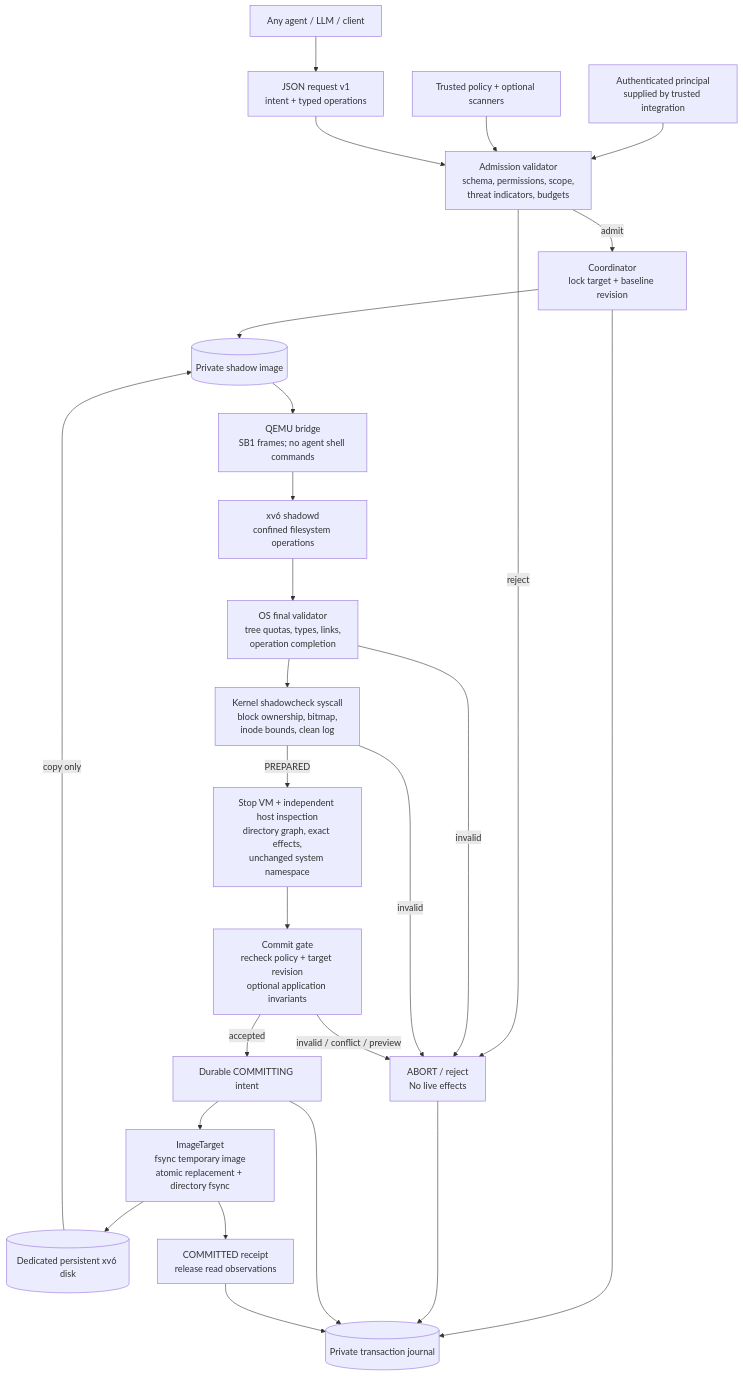
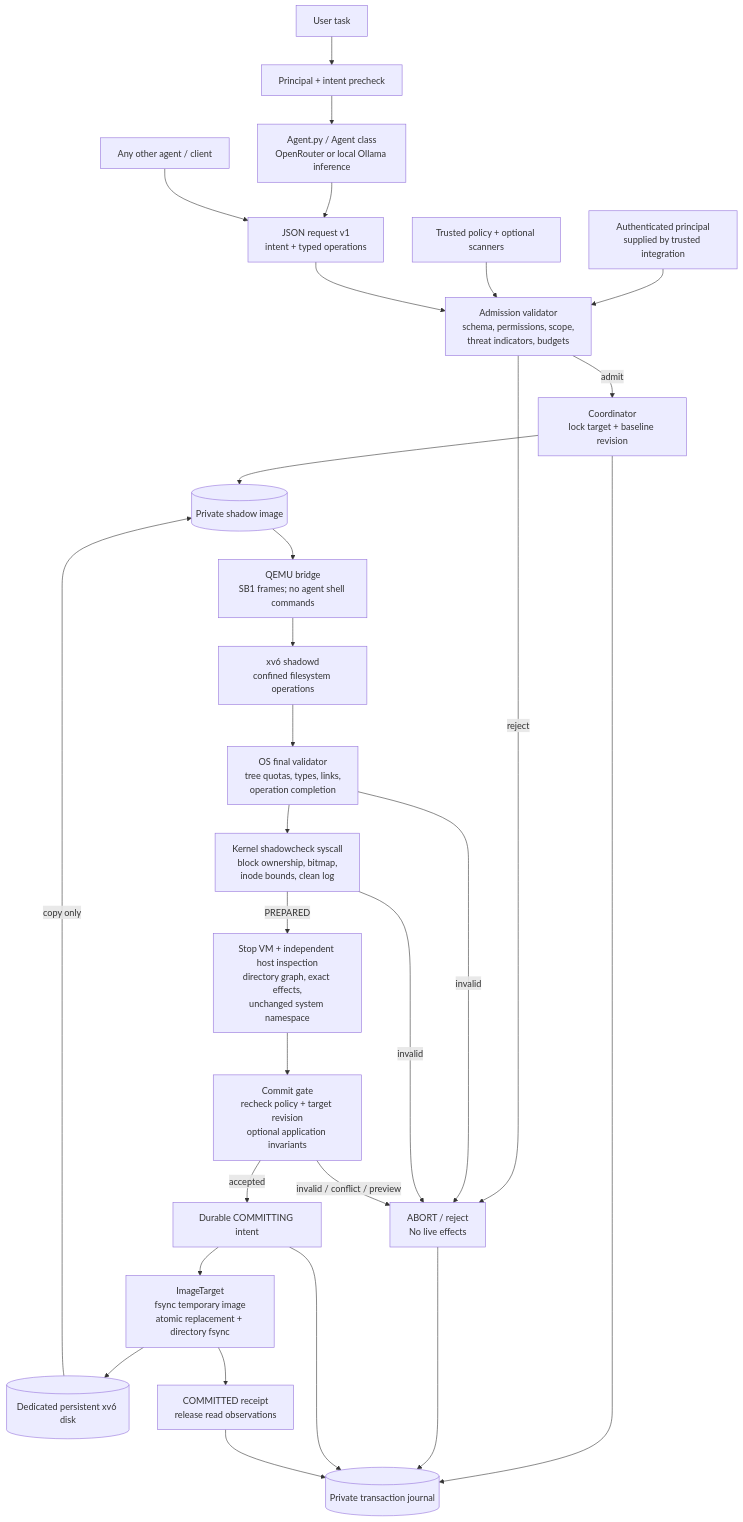
The first of 2 diagrams in docs/architecture.md (Himkeshtak/SmashBash-Agentic-OS), drawn with Mermaid before and after one commit. The commit also changed other lines of this file and 15 other files, not shown here.

Commit message:
Add configurable OpenRouter and local Ollama LLM agent

````diff
--- a/docs/architecture.md
+++ b/docs/architecture.md
@@ -5,28 +5,31 @@
 ```mermaid
 flowchart TD
-    A["Any agent / LLM / client"] --> J["JSON request v1<br/>intent + typed operations"]
+    U["User task"] --> IV["Principal + intent precheck"]
+    IV --> LA["Agent.py / Agent class<br/>OpenRouter or local Ollama inference"]
+    LA --> J["JSON request v1<br/>intent + typed operations"]
+    A["Any other agent / client"] --> J
     I["Authenticated principal<br/>supplied by trusted integration"] --> V1
     P["Trusted policy + optional scanners"] --> V1
     J --> V1["Admission validator<br/>schema, permissions, scope,<br/>threat indicators, budgets"]
     V1 -->|reject| AB["ABORT / reject<br/>No live effects"]
     V1 -->|admit| TX["Coordinator<br/>lock target + baseline revision"]
     D[("Dedicated persistent xv6 disk")] -->|copy only| SH[("Private shadow image")]
     TX --> SH
     SH --> B["QEMU bridge<br/>SB1 frames; no agent shell commands"]
     B --> E["xv6 shadowd<br/>confined filesystem operations"]
     E --> G["OS final validator<br/>tree quotas, types, links,<br/>operation completion"]
     G --> K["Kernel shadowcheck syscall<br/>block ownership, bitmap,<br/>inode bounds, clean log"]
     G -->|invalid| AB
     K -->|invalid| AB
     K -->|PREPARED| F["Stop VM + independent host inspection<br/>directory graph, exact effects,<br/>unchanged system namespace"]
     F --> C["Commit gate<br/>recheck policy + target revision<br/>optional application invariants"]
     C -->|invalid / conflict / preview| AB
     C -->|accepted| INT["Durable COMMITTING intent"]
     INT --> PUB["ImageTarget<br/>fsync temporary image<br/>atomic replacement + directory fsync"]
     PUB --> D
     PUB --> OK["COMMITTED receipt<br/>release read observations"]
     TX --> AUD[("Private transaction journal")]
     AB --> AUD
     INT --> AUD
     OK --> AUD
 ```
````
